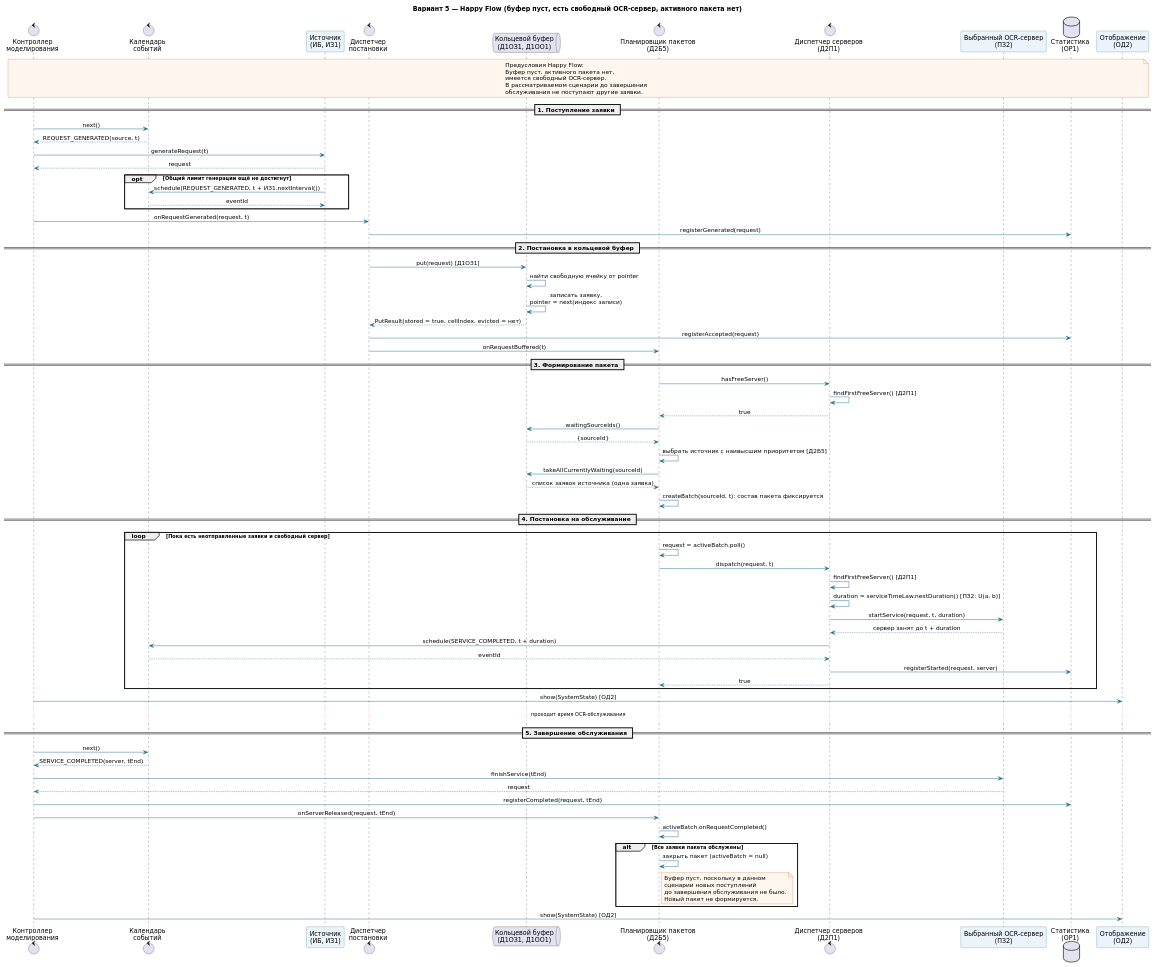
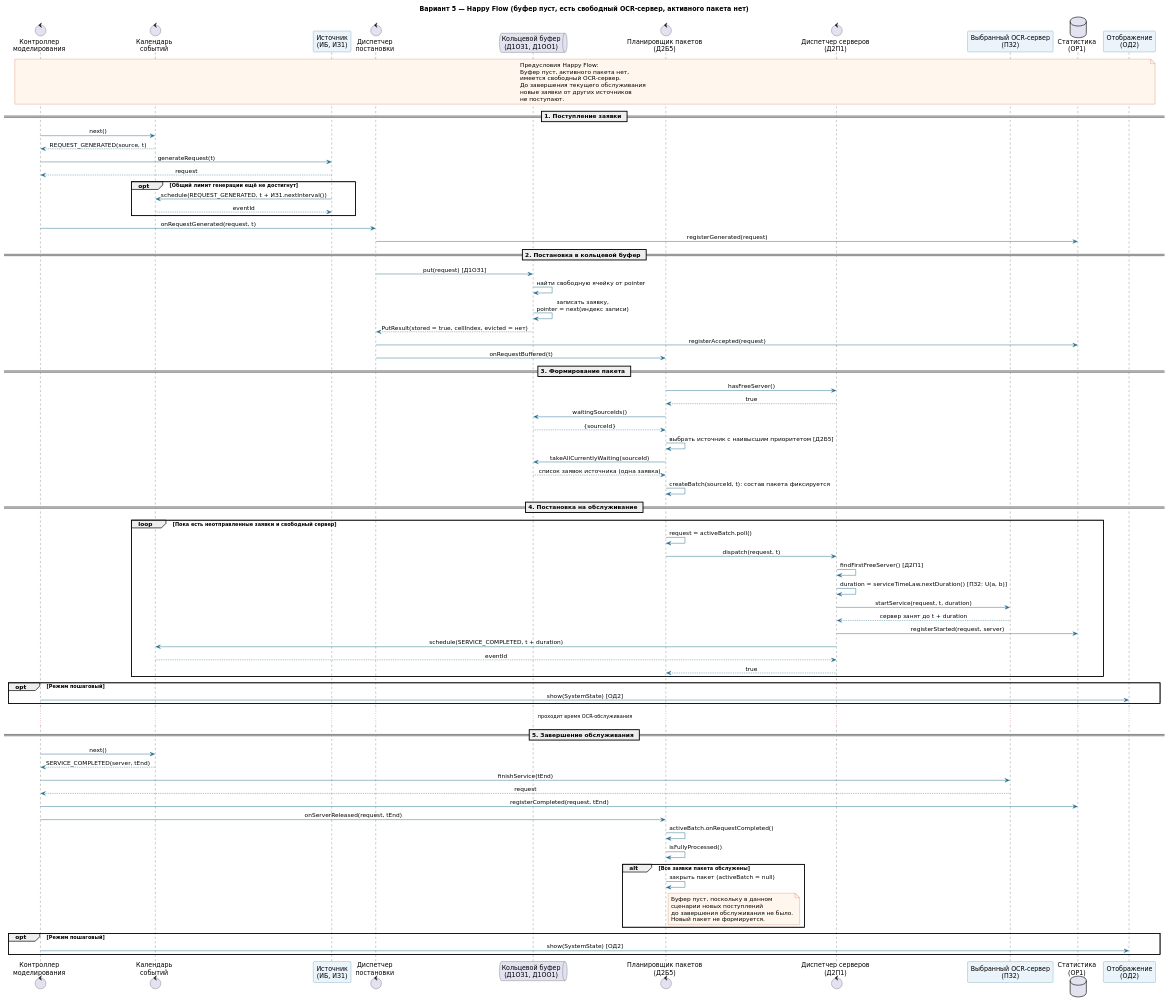
The diagram in smo-ocr-variant-5/diagrams/sequence/happy-flow.puml (xanaoxx/smo-ocr-variant-5), drawn with PlantUML before and after one commit.

```diff
--- a/smo-ocr-variant-5/diagrams/sequence/happy-flow.puml
+++ b/smo-ocr-variant-5/diagrams/sequence/happy-flow.puml
@@ -2,117 +2,120 @@
 @startuml
 skinparam backgroundColor white
 skinparam shadowing false
 skinparam defaultFontName DejaVu Sans
 skinparam sequenceMessageAlign center
 skinparam ArrowColor #236B8E
 skinparam ParticipantBorderColor #236B8E
 skinparam ParticipantBackgroundColor #EAF4FA
 skinparam NoteBackgroundColor #FFF7ED
 skinparam NoteBorderColor #C2410C
 
 title Вариант 5 — Happy Flow (буфер пуст, есть свободный OCR-сервер, активного пакета нет)
 
 control "Контроллер\nмоделирования" as Controller
 control "Календарь\nсобытий" as Calendar
 participant "Источник\n(ИБ, ИЗ1)" as Source
 control "Диспетчер\nпостановки" as Placement
 queue "Кольцевой буфер\n(Д1ОЗ1, Д1ОО1)" as Buffer
 control "Планировщик пакетов\n(Д2Б5)" as Batch
 control "Диспетчер серверов\n(Д2П1)" as ServerDispatch
 participant "Выбранный OCR-сервер\n(ПЗ2)" as Worker
 database "Статистика\n(ОР1)" as Stats
 participant "Отображение\n(ОД2)" as View
 
 note over Controller, View
 Предусловия Happy Flow:
 Буфер пуст, активного пакета нет,
 имеется свободный OCR-сервер.
-В рассматриваемом сценарии до завершения
-обслуживания не поступают другие заявки.
+До завершения текущего обслуживания
+новые заявки от других источников
+не поступают.
 end note
 
 == 1. Поступление заявки ==
 
 Controller -> Calendar: next()
 Calendar --> Controller: REQUEST_GENERATED(source, t)
 
 Controller -> Source: generateRequest(t)
 Source --> Controller: request
 
 opt Общий лимит генерации ещё не достигнут
   Source -> Calendar: schedule(REQUEST_GENERATED, t + ИЗ1.nextInterval())
   Calendar --> Source: eventId
 end
 
 Controller -> Placement: onRequestGenerated(request, t)
 Placement -> Stats: registerGenerated(request)
 
 == 2. Постановка в кольцевой буфер ==
 
 Placement -> Buffer: put(request) [Д1ОЗ1]
 Buffer -> Buffer: найти свободную ячейку от pointer
 Buffer -> Buffer: записать заявку,\npointer = next(индекс записи)
 Buffer --> Placement: PutResult(stored = true, cellIndex, evicted = нет)
 
 Placement -> Stats: registerAccepted(request)
 Placement -> Batch: onRequestBuffered(t)
 
 == 3. Формирование пакета ==
 
 Batch -> ServerDispatch: hasFreeServer()
-ServerDispatch -> ServerDispatch: findFirstFreeServer() [Д2П1]
 ServerDispatch --> Batch: true
 
 Batch -> Buffer: waitingSourceIds()
 Buffer --> Batch: {sourceId}
 
 Batch -> Batch: выбрать источник с наивысшим приоритетом [Д2Б5]
 Batch -> Buffer: takeAllCurrentlyWaiting(sourceId)
 Buffer --> Batch: список заявок источника (одна заявка)
 
 Batch -> Batch: createBatch(sourceId, t): состав пакета фиксируется
 
 == 4. Постановка на обслуживание ==
 
 loop Пока есть неотправленные заявки и свободный сервер
   Batch -> Batch: request = activeBatch.poll()
   Batch -> ServerDispatch: dispatch(request, t)
   ServerDispatch -> ServerDispatch: findFirstFreeServer() [Д2П1]
   ServerDispatch -> ServerDispatch: duration = serviceTimeLaw.nextDuration() [ПЗ2: U(a, b)]
   ServerDispatch -> Worker: startService(request, t, duration)
-  Worker --> ServerDispatch: сервер занят до t + duration
-  ServerDispatch -> Calendar: schedule(SERVICE_COMPLETED, t + duration)
-  Calendar --> ServerDispatch: eventId
-  ServerDispatch -> Stats: registerStarted(request, server)
+Worker --> ServerDispatch: сервер занят до t + duration
+ServerDispatch -> Stats: registerStarted(request, server)
+ServerDispatch -> Calendar: schedule(SERVICE_COMPLETED, t + duration)
+Calendar --> ServerDispatch: eventId
   ServerDispatch --> Batch: true
 end
 
-Controller -> View: show(SystemState) [ОД2]
+opt Режим пошаговый
+  Controller -> View: show(SystemState) [ОД2]
+end
 
 ... проходит время OCR-обслуживания ...
 
 == 5. Завершение обслуживания ==
 
 Controller -> Calendar: next()
 Calendar --> Controller: SERVICE_COMPLETED(server, tEnd)
 
 Controller -> Worker: finishService(tEnd)
 Worker --> Controller: request
 
 Controller -> Stats: registerCompleted(request, tEnd)
 Controller -> Batch: onServerReleased(request, tEnd)
 Batch -> Batch: activeBatch.onRequestCompleted()
+Batch -> Batch: isFullyProcessed()
 
 alt Все заявки пакета обслужены
   Batch -> Batch: закрыть пакет (activeBatch = null)
   note right of Batch
     Буфер пуст, поскольку в данном
     сценарии новых поступлений
     до завершения обслуживания не было.
     Новый пакет не формируется.
   end note
 end
-
+opt Режим пошаговый
 Controller -> View: show(SystemState) [ОД2]
-
+end
 @enduml
```
